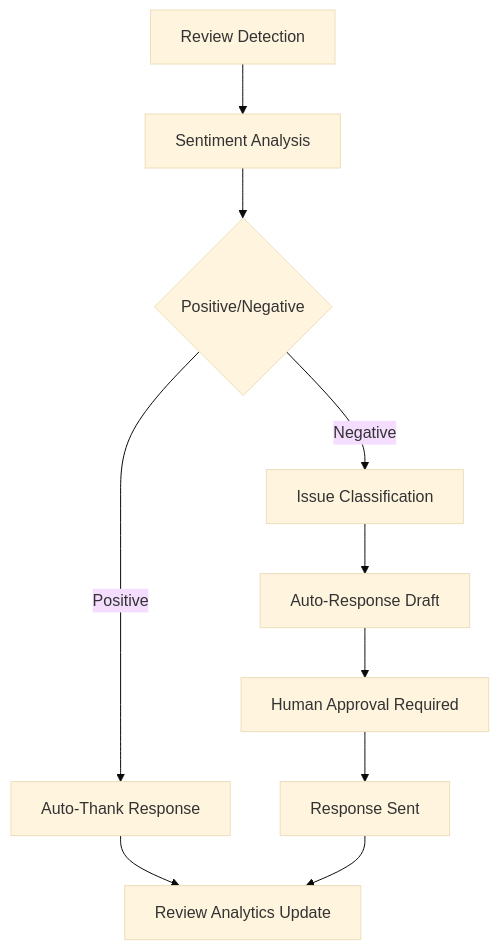
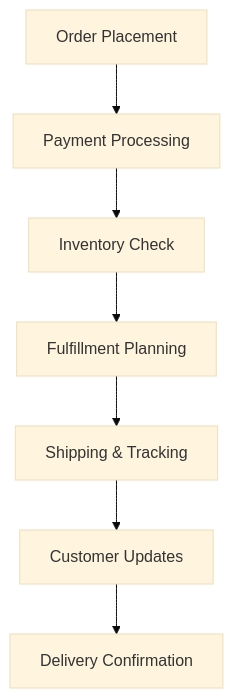
One commit to Bizoholic-Digital/bizosaas-platform changed the second of 7 diagrams in WORKFLOWS_AND_WIZARDS_COMPREHENSIVE.md. Above: the diagram before and after it, drawn with Mermaid (base theme). The commit also changed other lines of this file and 7820 other files, not shown here.

````diff
--- a/WORKFLOWS_AND_WIZARDS_COMPREHENSIVE.md
+++ b/WORKFLOWS_AND_WIZARDS_COMPREHENSIVE.md
@@ -764,12 +155,9 @@
 ```mermaid
 graph TD
-    A[Review Detection] --> B[Sentiment Analysis]
-    B --> C{Positive/Negative}
-    C -->|Positive| D[Auto-Thank Response]
-    C -->|Negative| E[Issue Classification]
-    E --> F[Auto-Response Draft]
-    F --> G[Human Approval Required]
-    G --> H[Response Sent]
-    D --> I[Review Analytics Update]
-    H --> I
+    A[Order Placement] --> B[Payment Processing]
+    B --> C[Inventory Check]
+    C --> D[Fulfillment Planning]
+    D --> E[Shipping & Tracking]
+    E --> F[Customer Updates]
+    F --> G[Delivery Confirmation]
 ```
````
